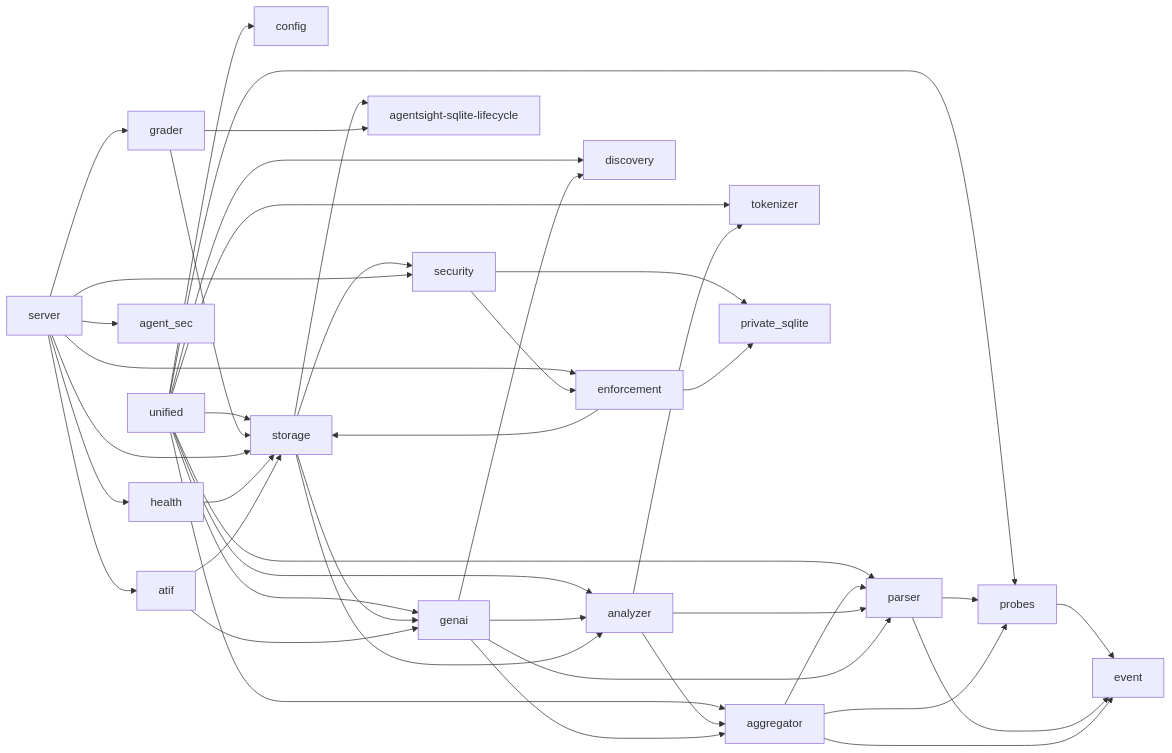
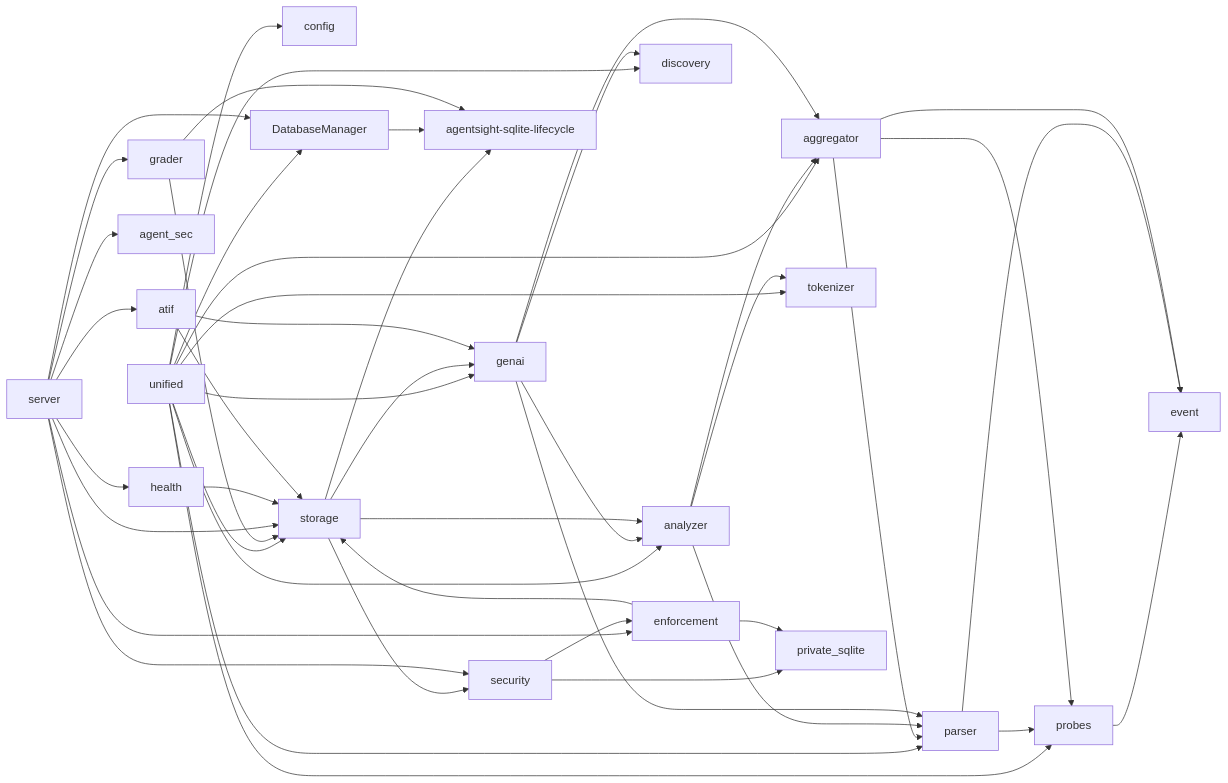
One commit to 1570005763/anolisa changed the second of 3 diagrams in src/agentsight/docs/ARCHITECTURE.md. Above: the diagram before and after it, drawn with Mermaid. The commit also changed other lines of this file and 89 other files, not shown here.

````diff
--- a/src/agentsight/docs/ARCHITECTURE.md
+++ b/src/agentsight/docs/ARCHITECTURE.md
@@ -95,67 +95,71 @@
 ```mermaid
 graph LR
     config[config]
     probes[probes]
     event[event]
     parser[parser]
     aggregator[aggregator]
     analyzer[analyzer]
     tokenizer[tokenizer]
     genai[genai]
     storage[storage]
+    database_manager[DatabaseManager]
     sqlite_lifecycle[agentsight-sqlite-lifecycle]
     discovery[discovery]
     health[health]
     atif[atif]
     agent_sec[agent_sec]
     grader[grader]
     enforcement[enforcement]
     security[security]
     private_sqlite[private_sqlite]
     server[server]
     unified[unified]
 
     unified --> config
     unified --> probes
     unified --> parser
     unified --> aggregator
     unified --> analyzer
     unified --> genai
     unified --> storage
+    unified --> database_manager
     unified --> discovery
     unified --> tokenizer
 
     probes --> event
     parser --> probes
     parser --> event
     aggregator --> parser
     aggregator --> probes
     aggregator --> event
     analyzer --> aggregator
     analyzer --> tokenizer
     analyzer --> parser
     genai --> analyzer
     genai --> discovery
     genai --> aggregator
     genai --> parser
     storage --> analyzer
     storage --> genai
     storage --> security
     storage --> sqlite_lifecycle
+    database_manager --> sqlite_lifecycle
     grader --> sqlite_lifecycle
     grader --> storage
     server --> storage
+    server --> database_manager
     server --> health
     server --> atif
     server --> agent_sec
     server --> grader
     server --> enforcement
     server --> security
     security --> enforcement
     security --> private_sqlite
     enforcement --> storage
     enforcement --> private_sqlite
     health --> storage
     atif --> genai
     atif --> storage
 ```
````
